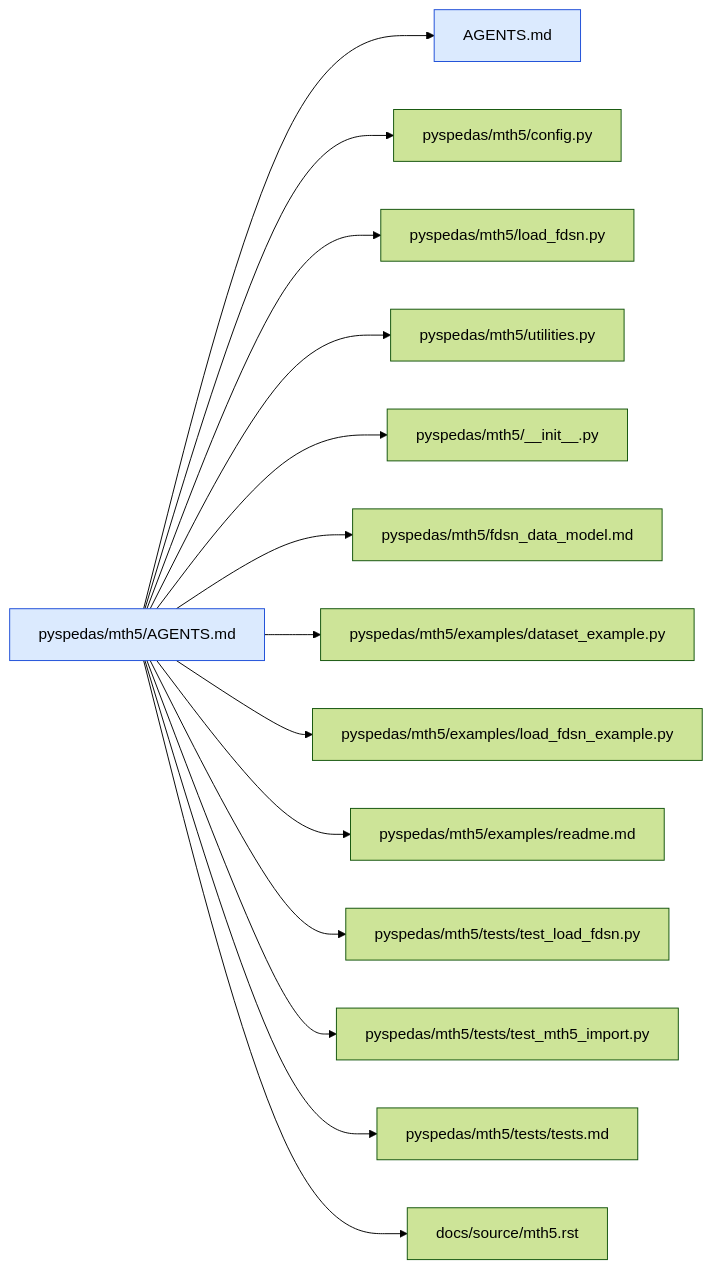
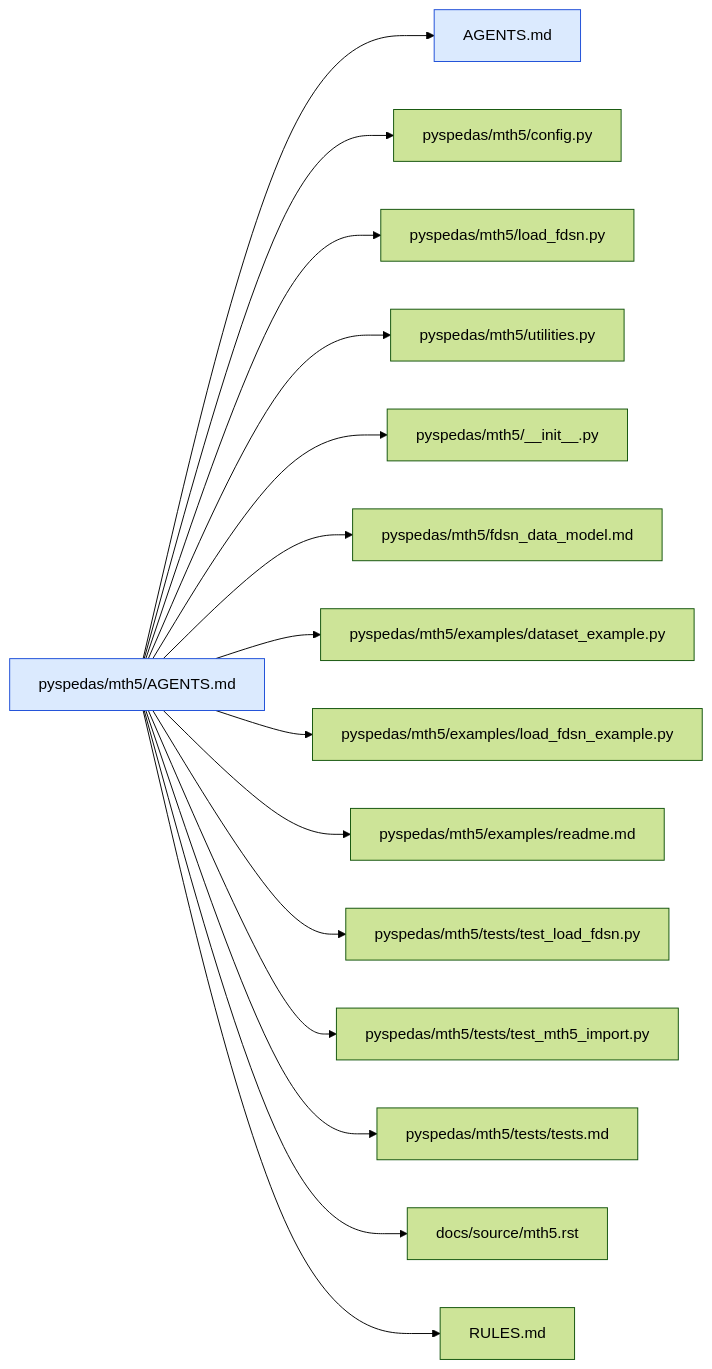
The seventh of 44 diagrams in .agents/map/MAP.md (spedas/pyspedas), drawn with Mermaid (forest theme) before and after one commit. The commit also changed other lines of this file and 27 other files, not shown here.

````diff
--- a/.agents/map/MAP.md
+++ b/.agents/map/MAP.md
@@ -409,19 +414,20 @@
 ```mermaid
 graph LR
   classDef agents fill:#dbeafe,stroke:#1d4ed8
   classDef missing fill:#fee2e2,stroke:#b91c1c,stroke-dasharray:4
   self["pyspedas/mth5/AGENTS.md"]:::agents
   self --> r0["AGENTS.md"]:::agents
   self --> r1["pyspedas/mth5/config.py"]
   self --> r2["pyspedas/mth5/load_fdsn.py"]
   self --> r3["pyspedas/mth5/utilities.py"]
   self --> r4["pyspedas/mth5/__init__.py"]
   self --> r5["pyspedas/mth5/fdsn_data_model.md"]
   self --> r6["pyspedas/mth5/examples/dataset_example.py"]
   self --> r7["pyspedas/mth5/examples/load_fdsn_example.py"]
   self --> r8["pyspedas/mth5/examples/readme.md"]
   self --> r9["pyspedas/mth5/tests/test_load_fdsn.py"]
   self --> r10["pyspedas/mth5/tests/test_mth5_import.py"]
   self --> r11["pyspedas/mth5/tests/tests.md"]
   self --> r12["docs/source/mth5.rst"]
+  self --> r13["RULES.md"]
 ```
````
